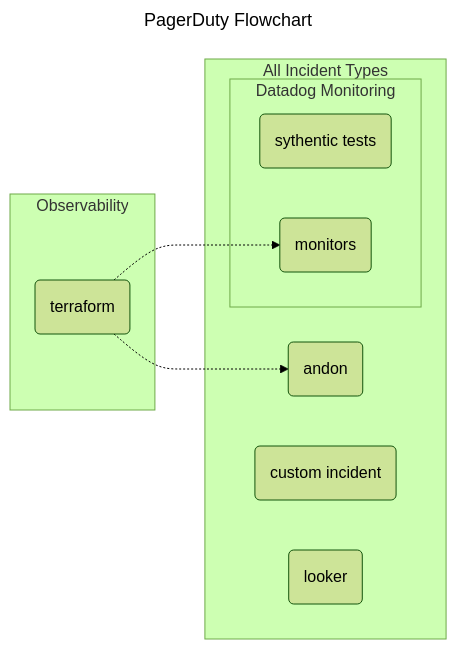
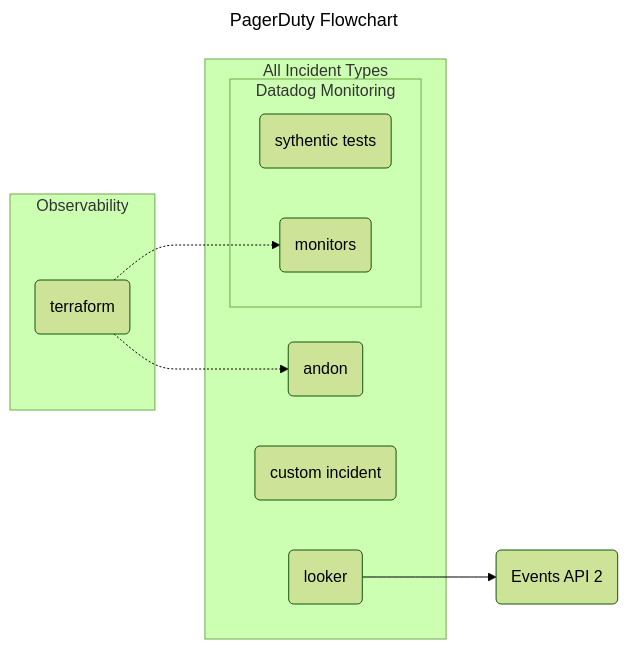
The diagram in diagrams/diagram2.mmd (jessicahirsch/Mermaid-Diagrams), drawn with Mermaid (forest theme) before and after one commit.

Commit message:
feat: add Events API 2 entity

```diff
--- a/diagrams/diagram2.mmd
+++ b/diagrams/diagram2.mmd
@@ -1,22 +1,24 @@
 ---
 title: PagerDuty Flowchart
 ---
 flowchart LR
 
 subgraph Observability
     A(terraform)
 end
 
 subgraph All Incident Types
     subgraph Datadog Monitoring
         B(sythentic tests)
         A(terraform)-.->C(monitors)
     end
     D(andon)
     A(terraform)-.->D(andon)
     E(custom incident)
     F(looker)
 end
 
+F(looker)-->G(Events API 2)
+
 %% style A fill:#f9f,stroke:#333,stroke-width:4px
 %% style Observability font-weight:bold
```
